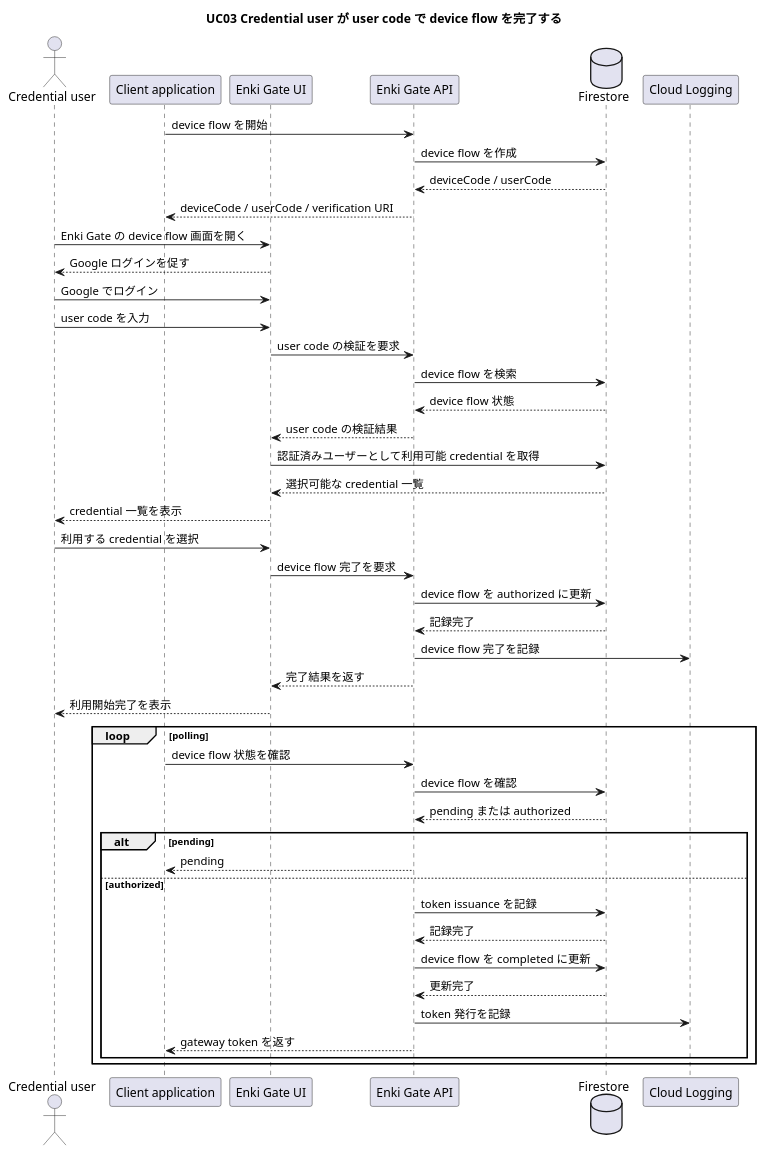
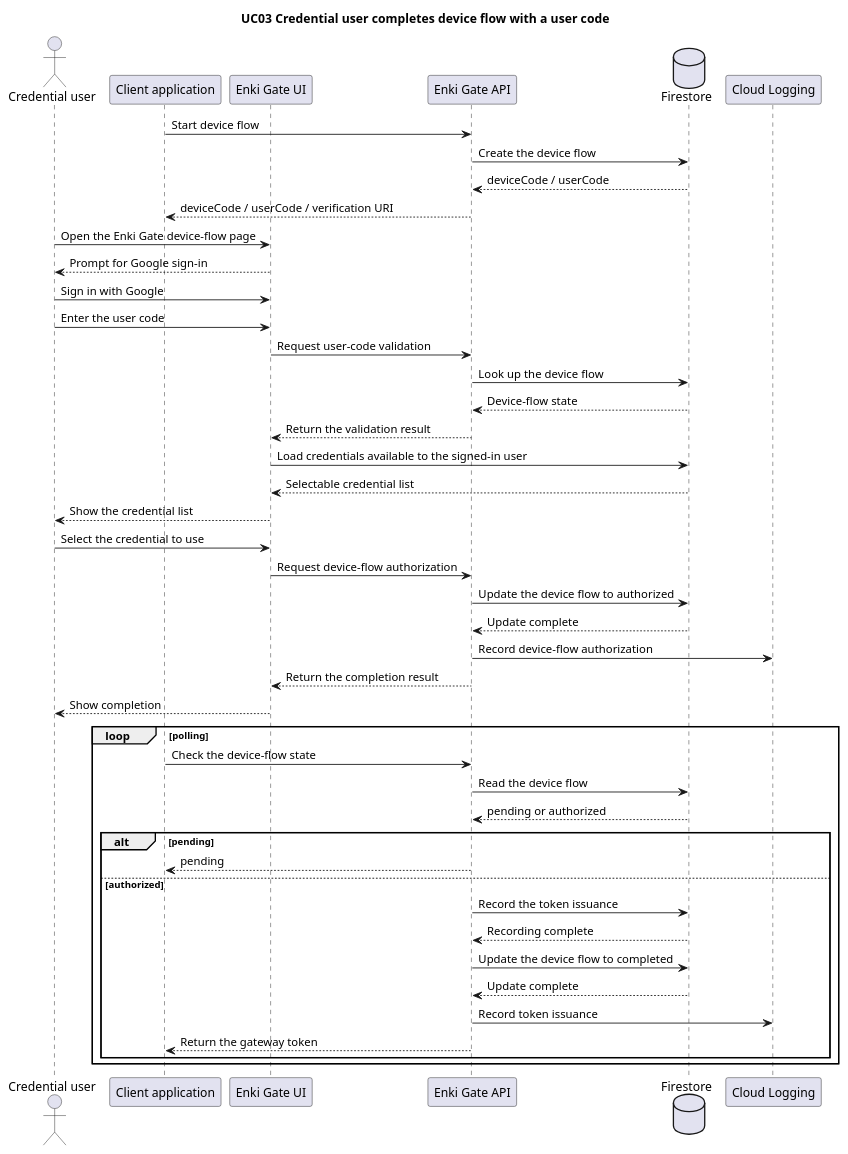
Before and after one commit to yacchin1205/enki-gate: the diagram in docs/diagrams/uc03-issue-gateway-token.puml, drawn with PlantUML. The commit also changed 11 other files, not shown here.

Commit message:
Translate and refresh PlantUML diagrams

```diff
--- a/docs/diagrams/uc03-issue-gateway-token.puml
+++ b/docs/diagrams/uc03-issue-gateway-token.puml
@@ -1,52 +1,52 @@
 @startuml
-title UC03 Credential user が user code で device flow を完了する
+title UC03 Credential user completes device flow with a user code
 
 actor "Credential user" as User
 participant "Client application" as Client
 participant "Enki Gate UI" as UI
 participant "Enki Gate API" as API
 database "Firestore" as Firestore
 participant "Cloud Logging" as Logging
 
-Client -> API: device flow を開始
-API -> Firestore: device flow を作成
+Client -> API: Start device flow
+API -> Firestore: Create the device flow
 Firestore --> API: deviceCode / userCode
 API --> Client: deviceCode / userCode / verification URI
 
-User -> UI: Enki Gate の device flow 画面を開く
-UI --> User: Google ログインを促す
-User -> UI: Google でログイン
-User -> UI: user code を入力
-UI -> API: user code の検証を要求
-API -> Firestore: device flow を検索
-Firestore --> API: device flow 状態
-API --> UI: user code の検証結果
-UI -> Firestore: 認証済みユーザーとして利用可能 credential を取得
-Firestore --> UI: 選択可能な credential 一覧
-UI --> User: credential 一覧を表示
+User -> UI: Open the Enki Gate device-flow page
+UI --> User: Prompt for Google sign-in
+User -> UI: Sign in with Google
+User -> UI: Enter the user code
+UI -> API: Request user-code validation
+API -> Firestore: Look up the device flow
+Firestore --> API: Device-flow state
+API --> UI: Return the validation result
+UI -> Firestore: Load credentials available to the signed-in user
+Firestore --> UI: Selectable credential list
+UI --> User: Show the credential list
 
-User -> UI: 利用する credential を選択
-UI -> API: device flow 完了を要求
-API -> Firestore: device flow を authorized に更新
-Firestore --> API: 記録完了
-API -> Logging: device flow 完了を記録
-API --> UI: 完了結果を返す
-UI --> User: 利用開始完了を表示
+User -> UI: Select the credential to use
+UI -> API: Request device-flow authorization
+API -> Firestore: Update the device flow to authorized
+Firestore --> API: Update complete
+API -> Logging: Record device-flow authorization
+API --> UI: Return the completion result
+UI --> User: Show completion
 
 loop polling
-  Client -> API: device flow 状態を確認
-  API -> Firestore: device flow を確認
-  Firestore --> API: pending または authorized
+  Client -> API: Check the device-flow state
+  API -> Firestore: Read the device flow
+  Firestore --> API: pending or authorized
 
   alt pending
     API --> Client: pending
   else authorized
-    API -> Firestore: token issuance を記録
-    Firestore --> API: 記録完了
-    API -> Firestore: device flow を completed に更新
-    Firestore --> API: 更新完了
-    API -> Logging: token 発行を記録
-    API --> Client: gateway token を返す
+    API -> Firestore: Record the token issuance
+    Firestore --> API: Recording complete
+    API -> Firestore: Update the device flow to completed
+    Firestore --> API: Update complete
+    API -> Logging: Record token issuance
+    API --> Client: Return the gateway token
   end
 end
 @enduml
```
